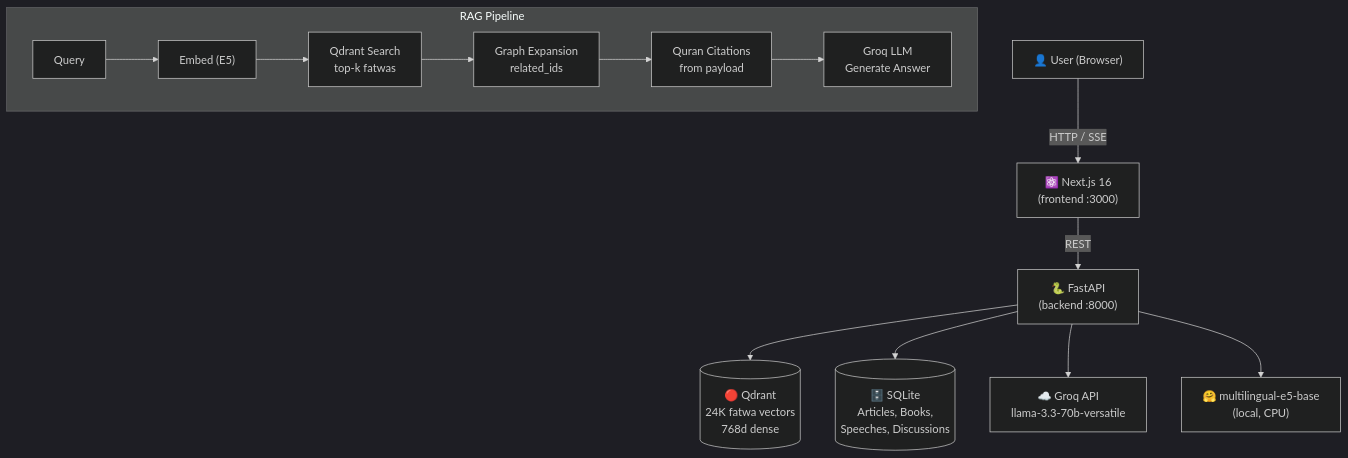
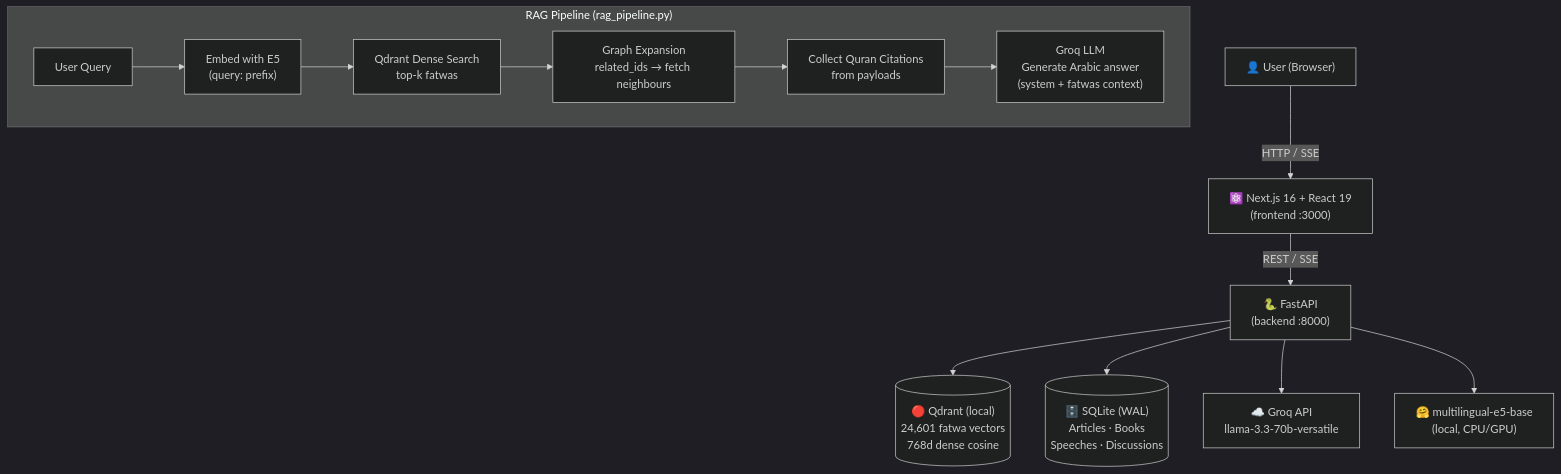
One commit to AbdelrahmanAboegela/Ibn-Baz changed the diagram in README.md. Above: the diagram before and after it, drawn with Mermaid (dark theme). The commit also changed other lines of this file and 3 other files, not shown here.

````diff
--- a/README.md
+++ b/README.md
@@ -33,17 +89,17 @@
 ```mermaid
 graph TD
-    User["👤 User (Browser)"] -->|"HTTP / SSE"| Frontend["⚛️ Next.js 16\n(frontend :3000)"]
-    Frontend -->|"REST"| Backend["🐍 FastAPI\n(backend :8000)"]
-    Backend --> QdrantDB[("🔴 Qdrant\n24K fatwa vectors\n768d dense")]
-    Backend --> SQLite[("🗄️ SQLite\nArticles, Books,\nSpeeches, Discussions")]
+    User["👤 User (Browser)"] -->|"HTTP / SSE"| Frontend["⚛️ Next.js 16 + React 19\n(frontend :3000)"]
+    Frontend -->|"REST / SSE"| Backend["🐍 FastAPI\n(backend :8000)"]
+    Backend --> QdrantDB[("🔴 Qdrant (local)\n24,601 fatwa vectors\n768d dense cosine")]
+    Backend --> SQLite[("🗄️ SQLite (WAL)\nArticles · Books\nSpeeches · Discussions")]
     Backend --> Groq["☁️ Groq API\nllama-3.3-70b-versatile"]
-    Backend --> Embedder["🤗 multilingual-e5-base\n(local, CPU)"]
-    
-    subgraph RAG Pipeline
-        Q["Query"] --> E["Embed (E5)"]
-        E --> S["Qdrant Search\ntop-k fatwas"]
-        S --> G["Graph Expansion\nrelated_ids"]
-        G --> QR["Quran Citations\nfrom payload"]
-        QR --> LLM["Groq LLM\nGenerate Answer"]
+    Backend --> Embedder["🤗 multilingual-e5-base\n(local, CPU/GPU)"]
+
+    subgraph "RAG Pipeline (rag_pipeline.py)"
+        Q["User Query"] --> E["Embed with E5\n(query: prefix)"]
+        E --> S["Qdrant Dense Search\ntop-k fatwas"]
+        S --> G["Graph Expansion\nrelated_ids → fetch neighbours"]
+        G --> QR["Collect Quran Citations\nfrom payloads"]
+        QR --> LLM["Groq LLM\nGenerate Arabic answer\n(system + fatwas context)"]
     end
 ```
````
